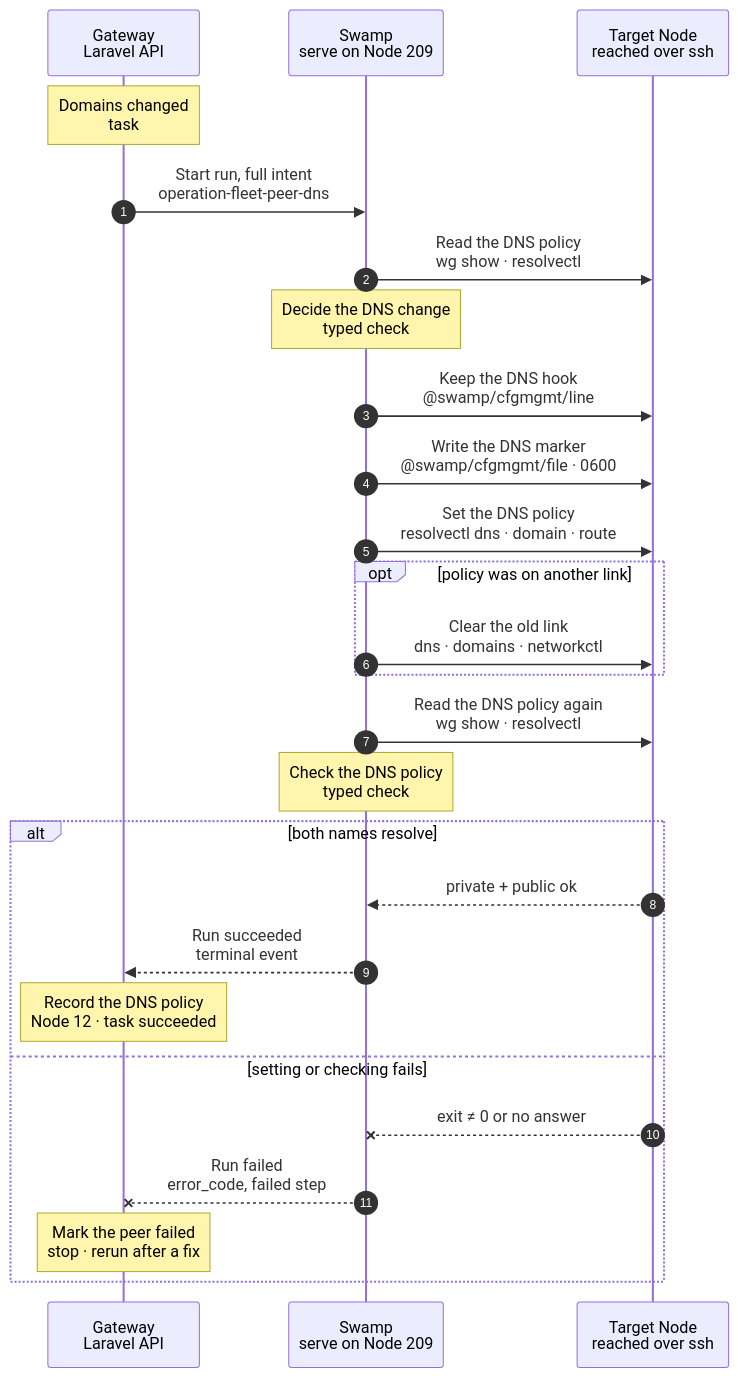
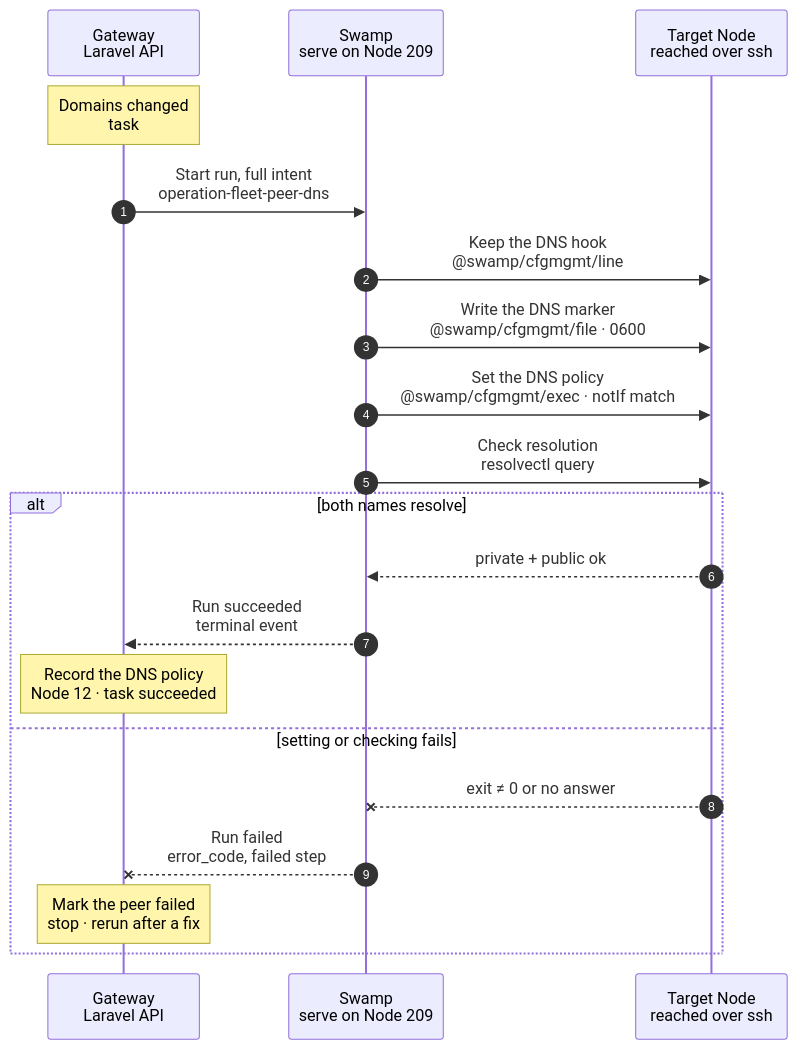
The diagram in docs/cli/fleet/peer-dns.mmd (hardimpactdev/orbit), drawn with Mermaid before and after one commit. The commit also changed 30 other files, not shown here.

```diff
--- a/docs/cli/fleet/peer-dns.mmd
+++ b/docs/cli/fleet/peer-dns.mmd
@@ -1,88 +1,75 @@
 sequenceDiagram
   %% Target design: ADR 0244 task, DECISIONS and R1-R4, agent-observer-swamp-acts, single-swamp-node. docs/reference/private-dns.md#resolver-selection.
-  %% Tightened: flow-tighten 2026-11-02, rules 6, 20, 22 (persist and set the policy in one step; the read's match acts as a guard).
+  %% Tightened: flow-tighten 2026-11-02, rules 6, 20, 22 (the live policy's match guards the set; the end check resolves names).
+  %% Ported 2026-11-03: the tunnel runs as wg-quick, so the PostUp hook and marker persist the policy, not a networkd drop-in.
   %% status: draft
   %% command: none · routing domains change
   %% kind: fleet.peer_dns
   autonumber
   %% lane GW icon=gateway pill=intent tone=blue
   %% lane SW icon=workflow pill=executes tone=green
   %% lane N icon=server pill=target tone=amber
   participant GW as Gateway<br/>Laravel API
   participant SW as Swamp<br/>serve on Node 209
   participant N as Target Node<br/>reached over ssh
   Note over GW: Domains changed<br/>task #5163 · peer Node 12
   %%> When:
-  %%> - the private routing domains or the selected DNS server change, for example a Node with a new TLD joins or the `vpn` role moves
-  %%> - the Gateway admits one task per peer, one peer at a time
-  %%> - the Node agent reports a different DNS policy on Node 12 than the Gateway wants
+  %%> - Node 12's policy differs from the one its last successful run applied, for example a Node with a new TLD joins or the `vpn` role moves
+  %%> - the Gateway plan names one changed peer at a time; Swamp's minute maintenance admits it once per policy
   %%> Not included:
-  %%> - no command; no per-minute Swamp poll; drift comes from the Node agent's reports
-  %%> - a full re-apply of Node 12's footprint is `node.converge`, which uses the same DNS steps
+  %%> - no hourly re-run; host drift with an unchanged policy waits for doctor and a reconcile
+  %%> - a full re-apply of Node 12's footprint is `node.converge`, which runs this workflow as a child
   %%> Requirements:
   %%> - Node 12 is an active managed Linux peer with roles; the `vpn` Node and the Gateway stay out
-  %%> - no other network change runs on Node 12; the Gateway holds one lock per Node
   %%> Result:
-  %%> - task #5163 recorded with the domains and the DNS server for Node 12
+  %%> - task #5163 recorded with the domains, the DNS server and the private name to resolve
   GW->>SW: Start run, full intent<br/>operation-fleet-peer-dns
   %%> What it does:
   %%> - starts one Swamp run on serve (Node 209)
   %%> Inputs:
-  %%> - the routing domains, such as `~orbit`, and the DNS server's WireGuard address
+  %%> - the routing domains, such as `~orbit`, the DNS server's WireGuard address and the wg-quick hook line
+  %%> - the private name to resolve, `gateway.orbit`
   %%> - Node 12's address and SSH host keys; the SSH identity comes from the `swamp` role
-  SW->>N: Read the DNS policy<br/>wg show · resolvectl
+  SW->>N: Keep the DNS hook<br/>@swamp/cfgmgmt/line
   %%> How:
-  %%> - Swamp reaches the Node over SSH from 209, with `@swamp/ssh`
-  %%> What it does:
-  %%> - one read command prints the public key, resolver servers, `orbit` domains and default route, the DNS marker and the hook line
-  Note over SW: Decide the DNS change<br/>typed check
-  %%> What it does:
-  %%> - compares the read with the admitted policy; a match skips the DNS writes below
-  %%> - refuses a live key that is not the prepared one
-  SW->>N: Keep the DNS hook<br/>@swamp/cfgmgmt/line
+  %%> - Swamp reaches Node 12 over SSH from 209
   %%> What it does:
   %%> - keeps the Gateway-rendered `PostUp = resolvectl …` line in `orbit.conf`, so the policy returns when the tunnel starts
-  %%> - leaves every other line of the file as it is
+  %%> - leaves every other line as it is; changes nothing when the line matches
   SW->>N: Write the DNS marker<br/>@swamp/cfgmgmt/file · 0600
   %%> What it does:
-  %%> - records the link, server and domains in `/etc/wireguard/orbit.dns-link`
-  SW->>N: Set the DNS policy<br/>resolvectl dns · domain · route
+  %%> - records the link, server and domains in `/etc/wireguard/orbit.dns-link`; changes nothing when it matches
+  SW->>N: Set the DNS policy<br/>@swamp/cfgmgmt/exec · notIf match
   %%> What it does:
   %%> - one command sets the server and routing domains on `orbit` with `default-route no`; only Orbit names go to VPN DNS
-  opt policy was on another link
-    SW->>N: Clear the old link<br/>dns · domains · networkctl
-    %%> When:
-    %%> - only when an earlier release put the policy on another link
-    %%> What it does:
-    %%> - one command clears the old server and domains there, gives the uplink its default route back and reconfigures it
-  end
-  SW->>N: Read the DNS policy again<br/>wg show · resolvectl
+  %%> When it matches:
+  %%> - the `notIf` guard reads the live `orbit` link; when it already holds the policy, the command does not run
+  SW->>N: Check resolution<br/>resolvectl query
   %%> What it does:
-  %%> - the same read as before, for the end check
-  Note over SW: Check the DNS policy<br/>typed check
-  %%> What it does:
-  %%> - requires the admitted policy on `orbit` and a usable uplink
+  %%> - resolves `gateway.orbit`, which must answer through `orbit`, and `example.com`, which must not
+  %%> Why:
+  %%> - the policy only counts as applied when Node 12 resolves both
   alt both names resolve
     N-->>SW: private + public ok
     %%> Returns:
     %%> - the check passed
     SW-->>GW: Run succeeded<br/>terminal event
     %%> How the Gateway learns it:
     %%> - its shared run reader sees the terminal event; Swamp never calls the Gateway
     Note over GW: Record the DNS policy<br/>Node 12 · task succeeded
     %%> Result:
-    %%> - Node 12's peer DNS digest is recorded; task #5163 succeeds
-    %%> - the Gateway admits the next peer
+    %%> - task #5163 succeeds and records the applied server and domains
+    %%> - the plan names the next changed peer
   else setting or checking fails
     N--xSW: exit ≠ 0 or no answer
     %%> When:
-    %%> - `resolvectl` refuses, SSH fails, or a name does not resolve
+    %%> - a write or `resolvectl` refuses, SSH fails, or a name does not resolve where it should
     SW--xGW: Run failed<br/>error_code, failed step
     %%> The Gateway reads:
     %%> - which step failed and its error code
     Note over GW: Mark the peer failed<br/>stop · rerun after a fix
     %%> Result:
-    %%> - Node 12's peer DNS is marked failed; task #5163 fails; later peers wait
+    %%> - task #5163 fails; the plan keeps naming Node 12, so later peers wait
     %%> Retry:
-    %%> - safe: the first step skips a policy that already matches; it is a new task
+    %%> - safe: `orbit:peer-dns-reconcile` admits a new task, and matching steps change nothing
   end
```
